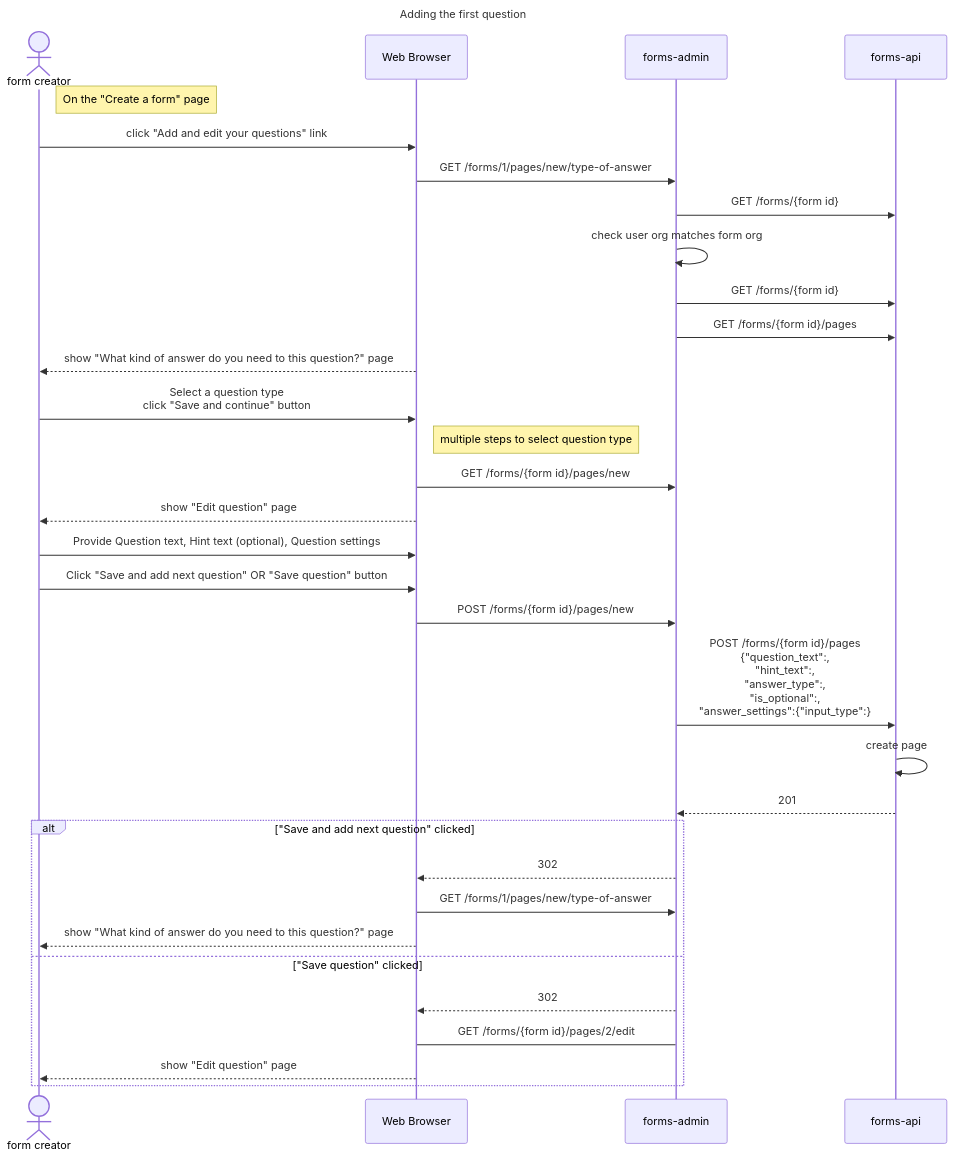
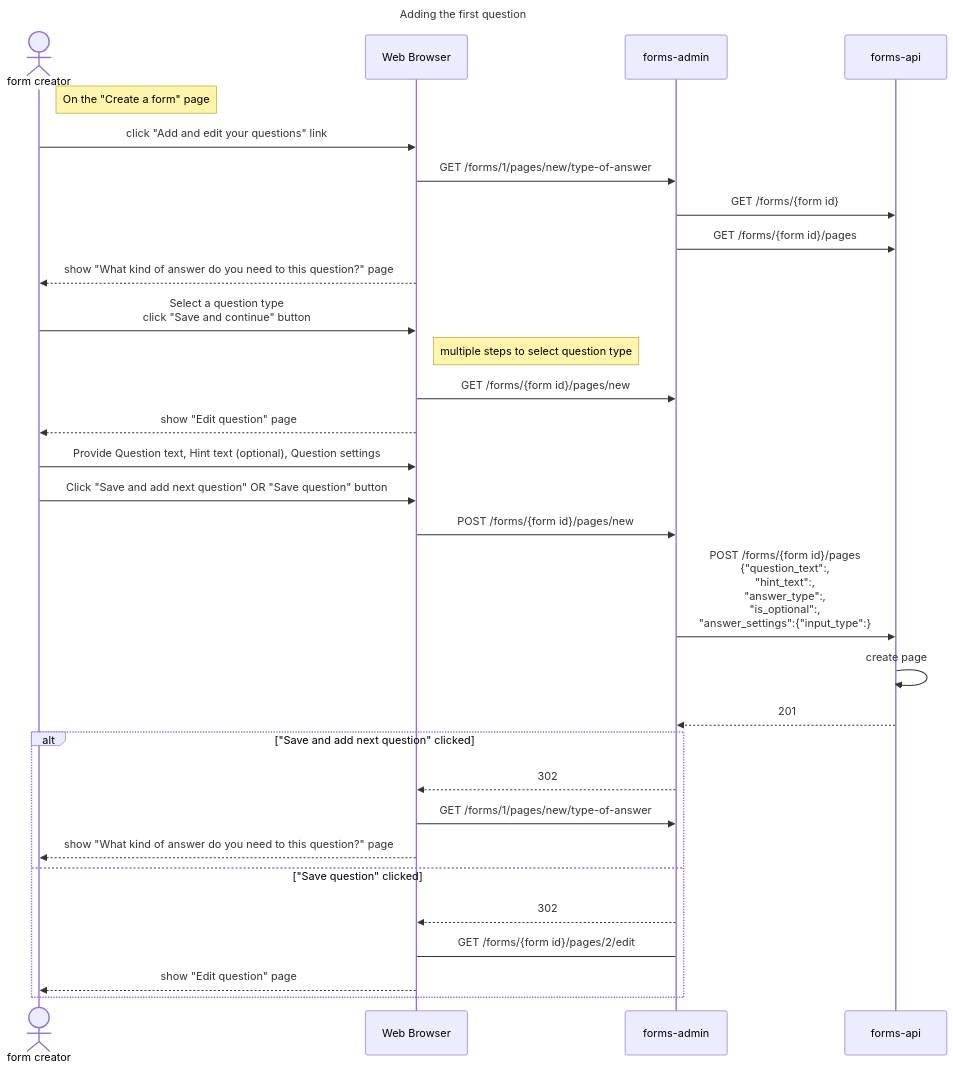
Before and after one commit to alphagov/forms: the second of 5 diagrams in diagrams/sequence-diagrams/creating-a-form.md, drawn with Mermaid. The commit also changed other lines of this file and 2 other files, not shown here.

Commit message:
Remove duplicate requests between forms-admin and forms-api due to authorisation checks

````diff
--- a/diagrams/sequence-diagrams/creating-a-form.md
+++ b/diagrams/sequence-diagrams/creating-a-form.md
@@ -34,46 +32,44 @@
 ```mermaid
 sequenceDiagram
   title Adding the first question
   actor user as form creator
   participant browser as Web Browser
   participant admin as forms-admin
   link admin: GitHub repo @ https://github.com/alphagov/forms-admin
   participant api as forms-api
   link api: GitHub repo @ https://github.com/alphagov/forms-api
 
   note right of user: On the "Create a form" page
 
   user->>browser: click "Add and edit your questions" link
   browser->>admin: GET /forms/1/pages/new/type-of-answer
-  admin->>api: GET /forms/{form id}
-  admin->>admin: check user org matches form org
   admin->>api: GET /forms/{form id}
   admin->>api: GET /forms/{form id}/pages
 
   browser-->>user: show "What kind of answer do you need to this question?" page
 
   user->>browser: Select a question type<br />click "Save and continue" button
 
   note right of browser: multiple steps to select question type
 
   browser->>admin: GET /forms/{form id}/pages/new
   browser-->>user: show "Edit question" page
 
 
   user->>browser: Provide Question text, Hint text (optional), Question settings
   user->>browser: Click "Save and add next question" OR "Save question" button
   browser->>admin: POST /forms/{form id}/pages/new
   admin->>api: POST /forms/{form id}/pages<br />{"question_text":,<br />"hint_text":,<br />"answer_type":,<br />"is_optional":,<br />"answer_settings":{"input_type":}
   api->>api: create page
   api-->>admin: 201
 
   alt "Save and add next question" clicked
     admin-->>browser: 302
     browser->>admin: GET /forms/1/pages/new/type-of-answer
     browser-->>user: show "What kind of answer do you need to this question?" page 
   else "Save question" clicked
     admin-->>browser: 302
     browser->admin: GET /forms/{form id}/pages/2/edit
     browser-->>user: show "Edit question" page
   end
 ```
````
